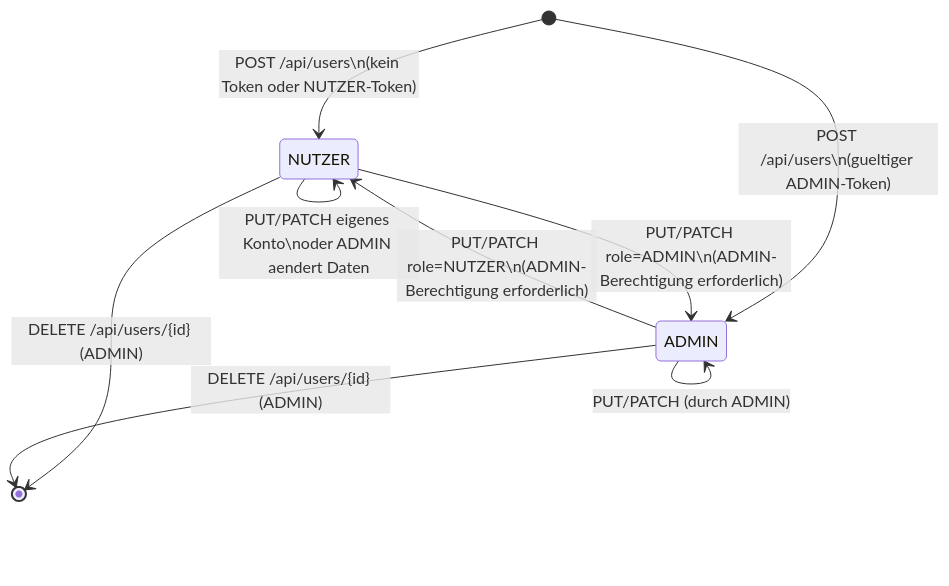
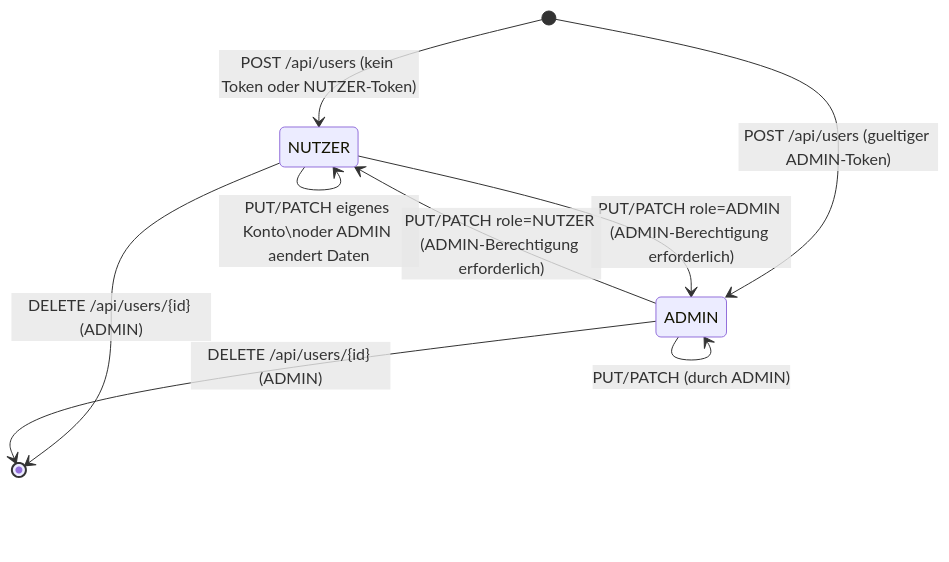
One commit to g8rdier/urban-flow-governance changed the third of 11 diagrams in docs/domain/USER_MANAGEMENT.md. Above: the diagram before and after it, drawn with Mermaid. The commit also changed other lines of this file, not shown here.

Commit message:
fix: Fixed new lines in mermaid diagram

````diff
--- a/docs/domain/USER_MANAGEMENT.md
+++ b/docs/domain/USER_MANAGEMENT.md
@@ -80,13 +80,13 @@
 ```mermaid
 stateDiagram-v2
-    [*] --> NUTZER : POST /api/users\n(kein Token oder NUTZER-Token)
-    [*] --> ADMIN : POST /api/users\n(gueltiger ADMIN-Token)
+    [*] --> NUTZER : POST /api/users (kein Token oder NUTZER-Token)
+    [*] --> ADMIN : POST /api/users (gueltiger ADMIN-Token)
 
     NUTZER --> NUTZER : PUT/PATCH eigenes Konto\noder ADMIN aendert Daten
     ADMIN --> ADMIN : PUT/PATCH (durch ADMIN)
-    NUTZER --> ADMIN : PUT/PATCH role=ADMIN\n(ADMIN-Berechtigung erforderlich)
-    ADMIN --> NUTZER : PUT/PATCH role=NUTZER\n(ADMIN-Berechtigung erforderlich)
+    NUTZER --> ADMIN : PUT/PATCH role=ADMIN (ADMIN-Berechtigung erforderlich)
+    ADMIN --> NUTZER : PUT/PATCH role=NUTZER (ADMIN-Berechtigung erforderlich)
 
     NUTZER --> [*] : DELETE /api/users/{id} (ADMIN)
     ADMIN --> [*] : DELETE /api/users/{id} (ADMIN)
 ```
````
